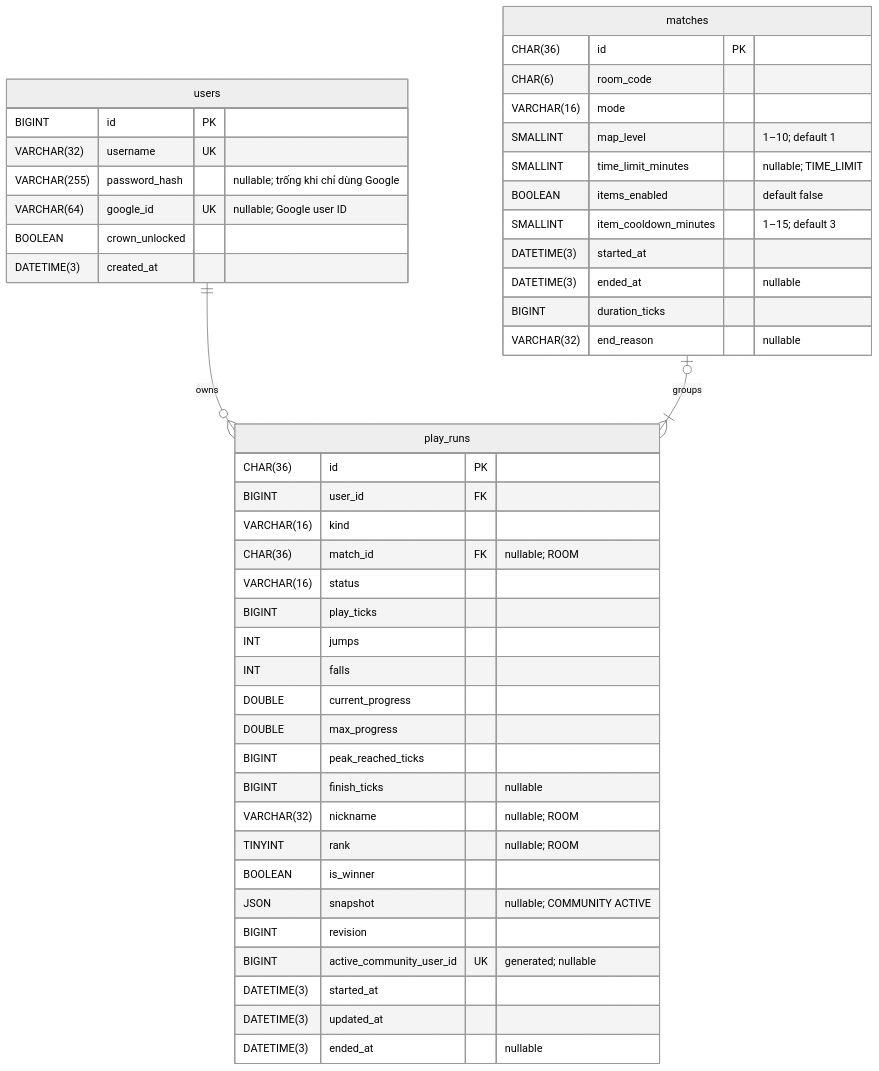
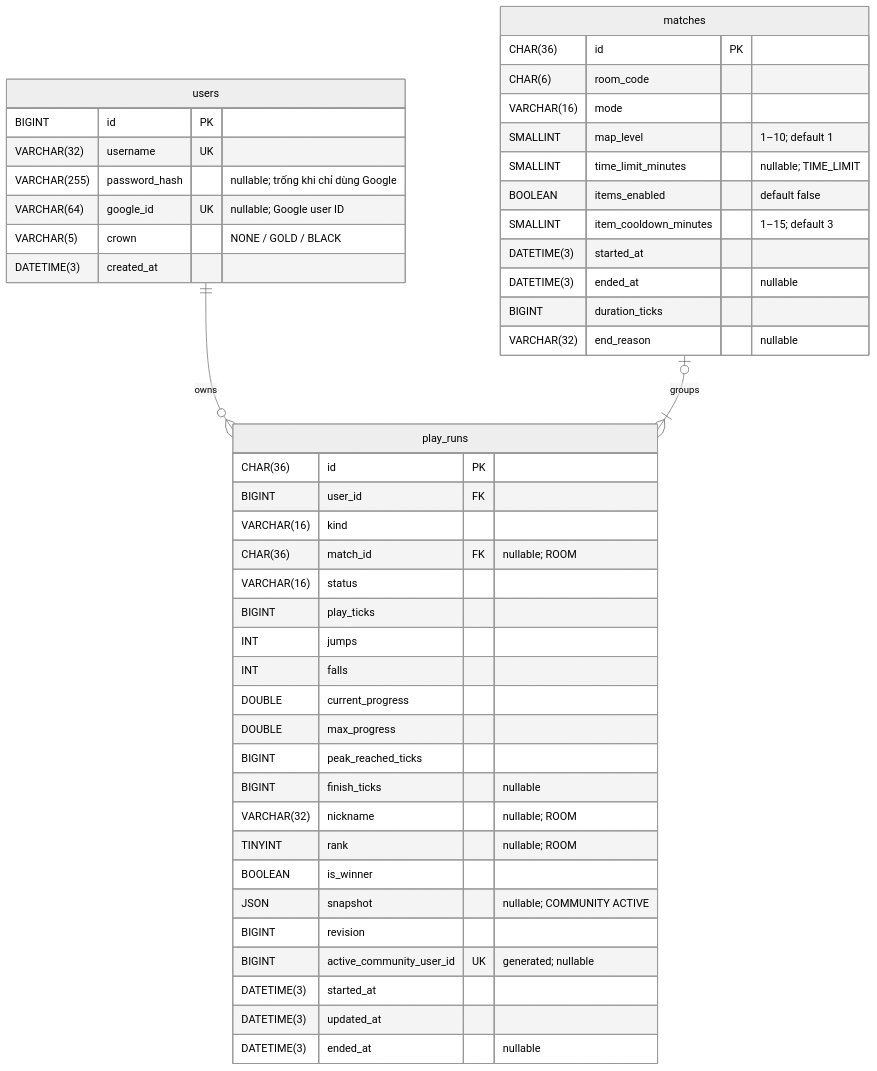
Before and after one commit to nvbangg/JumKing-Multiplayer: the diagram in docs/data.md, drawn with Mermaid (neutral theme). The commit also changed other lines of this file and 57 other files, not shown here.

````diff
--- a/docs/data.md
+++ b/docs/data.md
@@ -13,49 +13,49 @@
 ```mermaid
 erDiagram
     users ||--o{ play_runs : owns
     matches o|--|{ play_runs : groups
     users {
         BIGINT id PK
         VARCHAR(32) username UK
         VARCHAR(255) password_hash "nullable; trống khi chỉ dùng Google"
         VARCHAR(64) google_id UK "nullable; Google user ID"
-        BOOLEAN crown_unlocked
+        VARCHAR(5) crown "NONE / GOLD / BLACK"
         DATETIME(3) created_at
     }
     play_runs {
         CHAR(36) id PK
         BIGINT user_id FK
         VARCHAR(16) kind
         CHAR(36) match_id FK "nullable; ROOM"
         VARCHAR(16) status
         BIGINT play_ticks
         INT jumps
         INT falls
         DOUBLE current_progress
         DOUBLE max_progress
         BIGINT peak_reached_ticks
         BIGINT finish_ticks "nullable"
         VARCHAR(32) nickname "nullable; ROOM"
         TINYINT rank "nullable; ROOM"
         BOOLEAN is_winner
         JSON snapshot "nullable; COMMUNITY ACTIVE"
         BIGINT revision
         BIGINT active_community_user_id UK "generated; nullable"
         DATETIME(3) started_at
         DATETIME(3) updated_at
         DATETIME(3) ended_at "nullable"
     }
     matches {
         CHAR(36) id PK
         CHAR(6) room_code
         VARCHAR(16) mode
         SMALLINT map_level "1–10; default 1"
         SMALLINT time_limit_minutes "nullable; TIME_LIMIT"
         BOOLEAN items_enabled "default false"
         SMALLINT item_cooldown_minutes "1–15; default 3"
         DATETIME(3) started_at
         DATETIME(3) ended_at "nullable"
         BIGINT duration_ticks
         VARCHAR(32) end_reason "nullable"
     }
 ```
````
